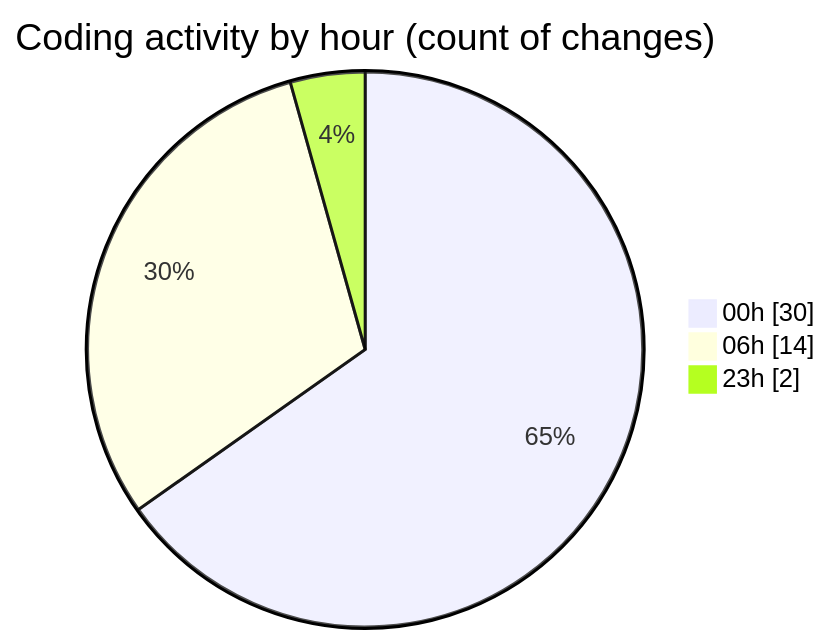
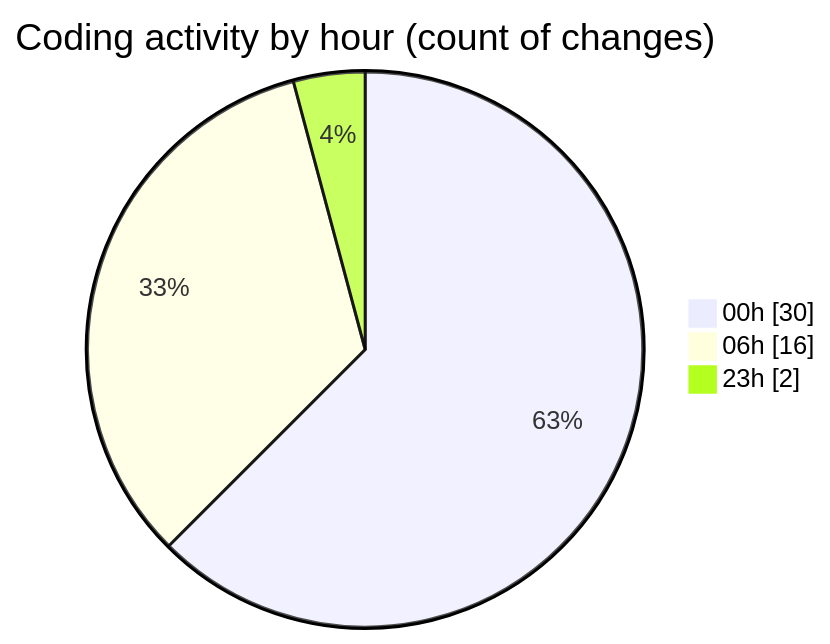
One commit to Unknowalive/code-tracking changed the second of 2 diagrams in 2026-04-08/t2s/README.md. Above: the diagram before and after it, drawn with Mermaid. The commit also changed other lines of this file and 1 other file, not shown here.

````diff
--- a/2026-04-08/t2s/README.md
+++ b/2026-04-08/t2s/README.md
@@ -50,7 +51,7 @@
 ```mermaid
 pie showData
 title Coding activity by hour (count of changes)
 "00h" : 30
-"06h" : 14
+"06h" : 16
 "23h" : 2
 ```
````
